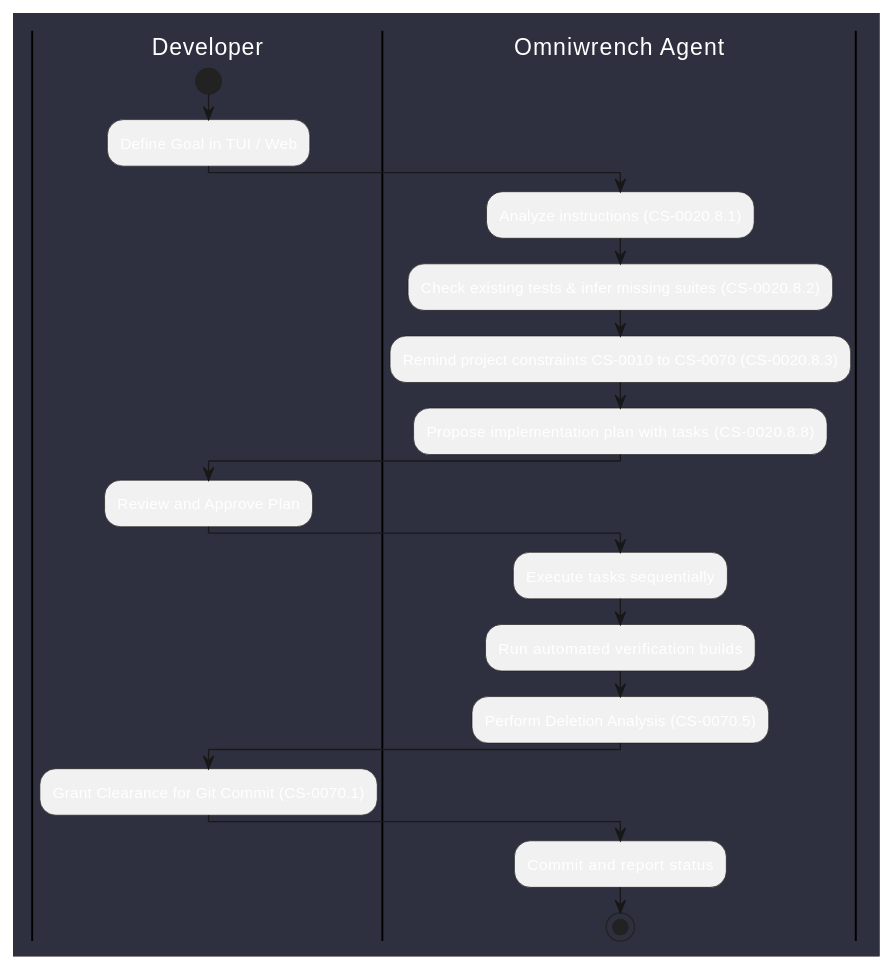
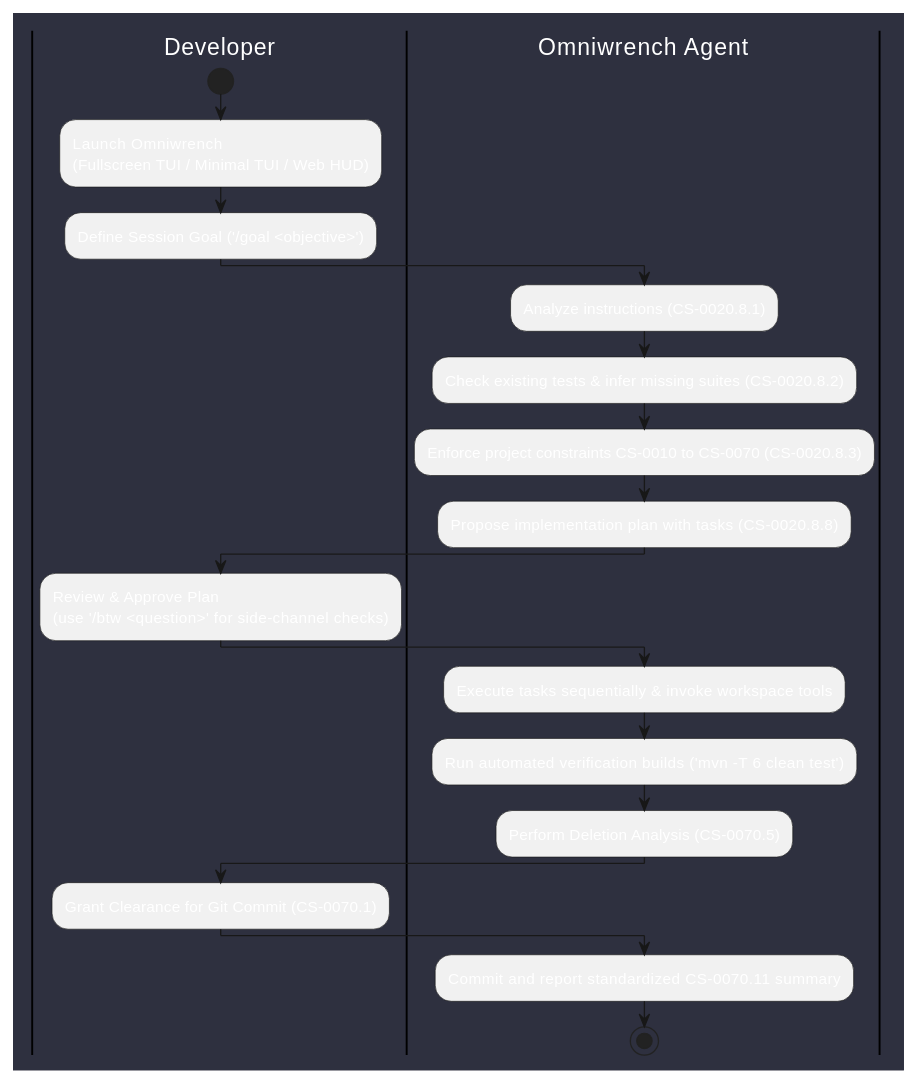
Before and after one commit to mlecabellec/omniwrench: the diagram in doc/docs/user_guide/workflows.md, drawn with PlantUML. The commit also changed other lines of this file and 47 other files, not shown here.

````diff
--- a/doc/docs/user_guide/workflows.md
+++ b/doc/docs/user_guide/workflows.md
@@ -5,26 +5,27 @@
 ```plantuml
 @startuml
 skinparam backgroundColor #2e303f
 skinparam defaultFontColor #ffffff
 
 |Developer|
 start
-:Define Goal in TUI / Web;
+:Launch Omniwrench\n(Fullscreen TUI / Minimal TUI / Web HUD);
+:Define Session Goal ('/goal <objective>');
 |Omniwrench Agent|
 :Analyze instructions (CS-0020.8.1);
 :Check existing tests & infer missing suites (CS-0020.8.2);
-:Remind project constraints CS-0010 to CS-0070 (CS-0020.8.3);
+:Enforce project constraints CS-0010 to CS-0070 (CS-0020.8.3);
 :Propose implementation plan with tasks (CS-0020.8.8);
 |Developer|
-:Review and Approve Plan;
+:Review & Approve Plan\n(use '/btw <question>' for side-channel checks);
 |Omniwrench Agent|
-:Execute tasks sequentially;
-:Run automated verification builds;
+:Execute tasks sequentially & invoke workspace tools;
+:Run automated verification builds ('mvn -T 6 clean test');
 :Perform Deletion Analysis (CS-0070.5);
 |Developer|
 :Grant Clearance for Git Commit (CS-0070.1);
 |Omniwrench Agent|
-:Commit and report status;
+:Commit and report standardized CS-0070.11 summary;
 stop
 @enduml
 ```
````
